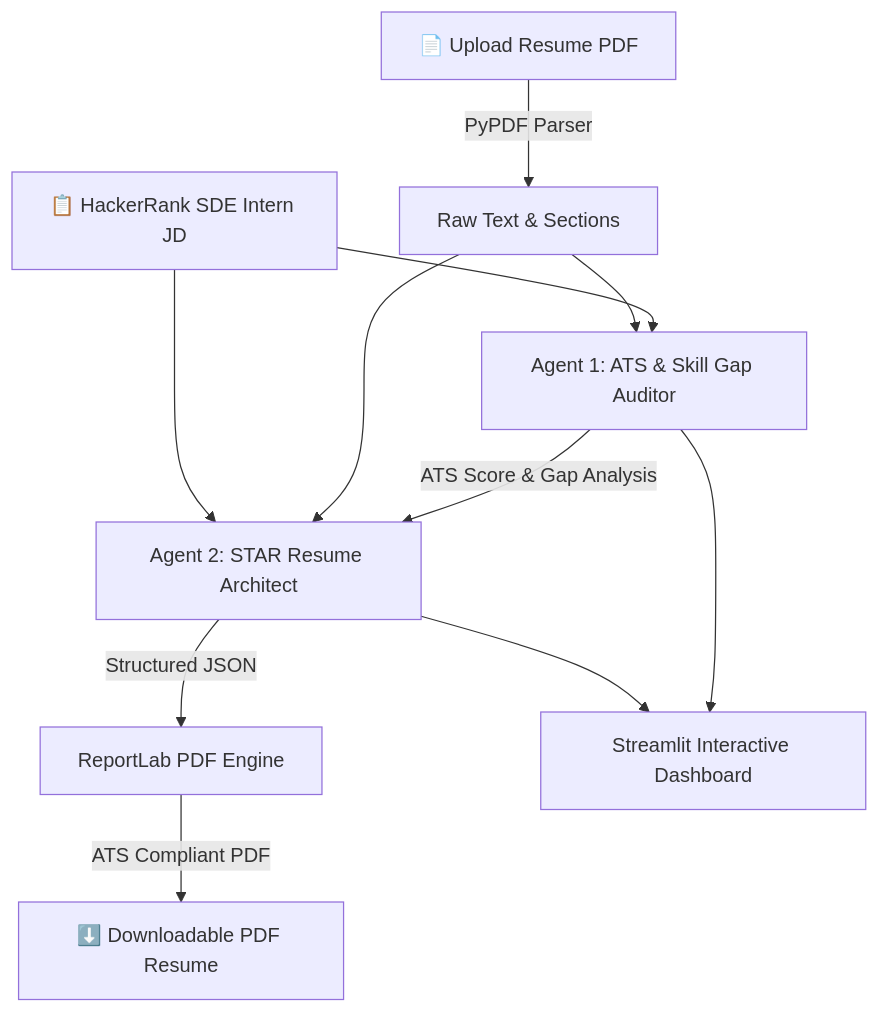
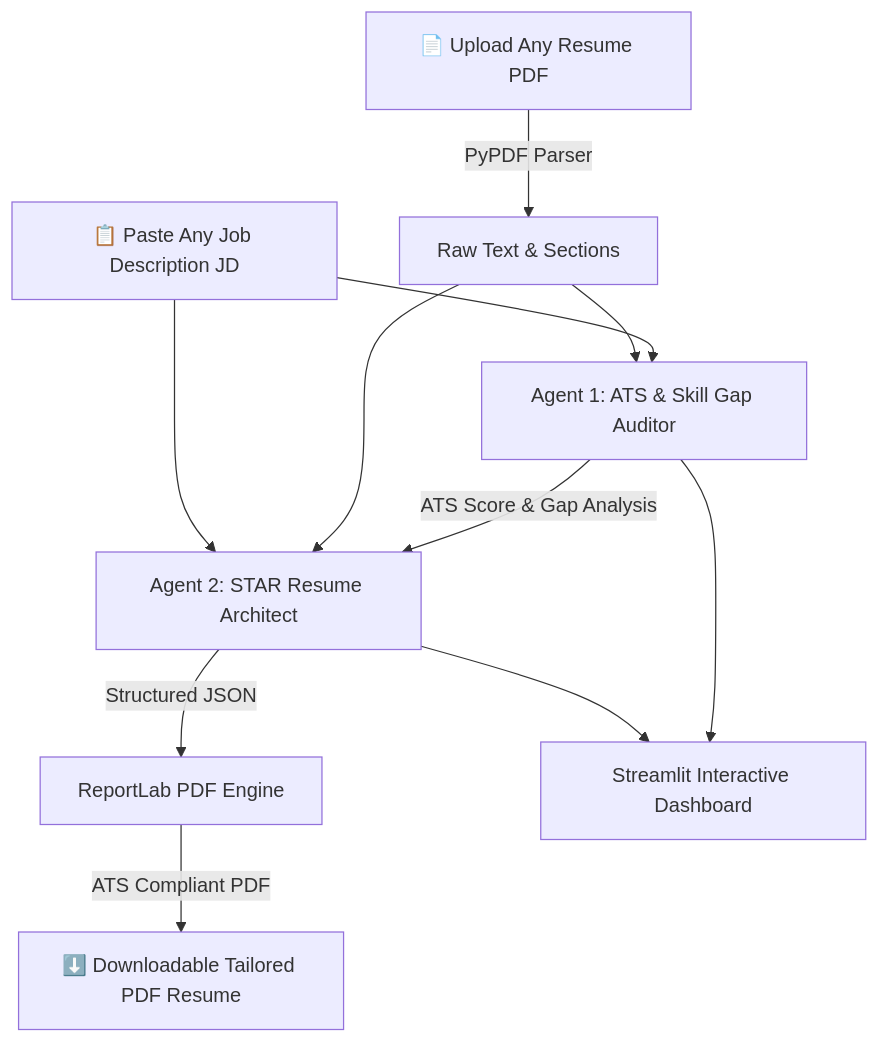
Before and after one commit to Karthik-vangapandu8/langchain-resume-tailor: the diagram in README.md, drawn with Mermaid. The commit also changed other lines of this file and 2 other files, not shown here.

Commit message:
refactor: make AI Resume Architect universal for any resume and any JD with custom presets

````diff
--- a/README.md
+++ b/README.md
@@ -24,13 +27,13 @@
 ```mermaid
 graph TD
-    A[📄 Upload Resume PDF] -->|PyPDF Parser| B[Raw Text & Sections]
-    C[📋 HackerRank SDE Intern JD] --> D[Agent 1: ATS & Skill Gap Auditor]
+    A[📄 Upload Any Resume PDF] -->|PyPDF Parser| B[Raw Text & Sections]
+    C[📋 Paste Any Job Description JD] --> D[Agent 1: ATS & Skill Gap Auditor]
     B --> D
     D -->|ATS Score & Gap Analysis| E[Agent 2: STAR Resume Architect]
     B --> E
     C --> E
     E -->|Structured JSON| F[ReportLab PDF Engine]
-    F -->|ATS Compliant PDF| G[⬇️ Downloadable PDF Resume]
+    F -->|ATS Compliant PDF| G[⬇️ Downloadable Tailored PDF Resume]
     D --> H[Streamlit Interactive Dashboard]
     E --> H
 ```
````
